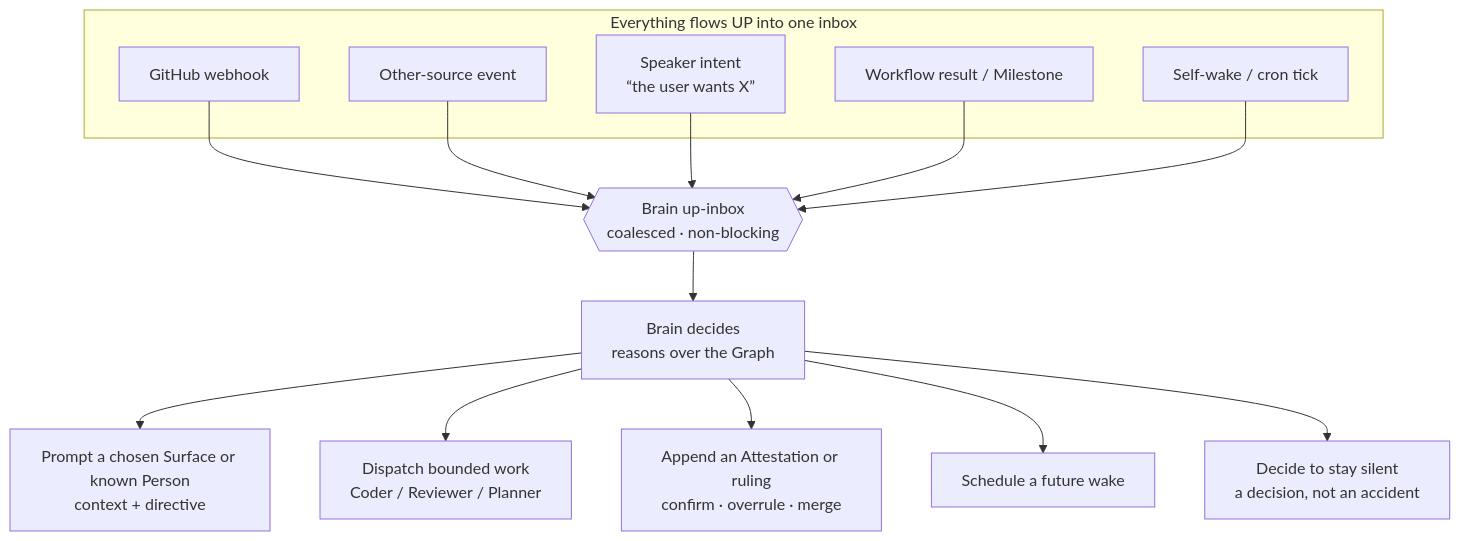
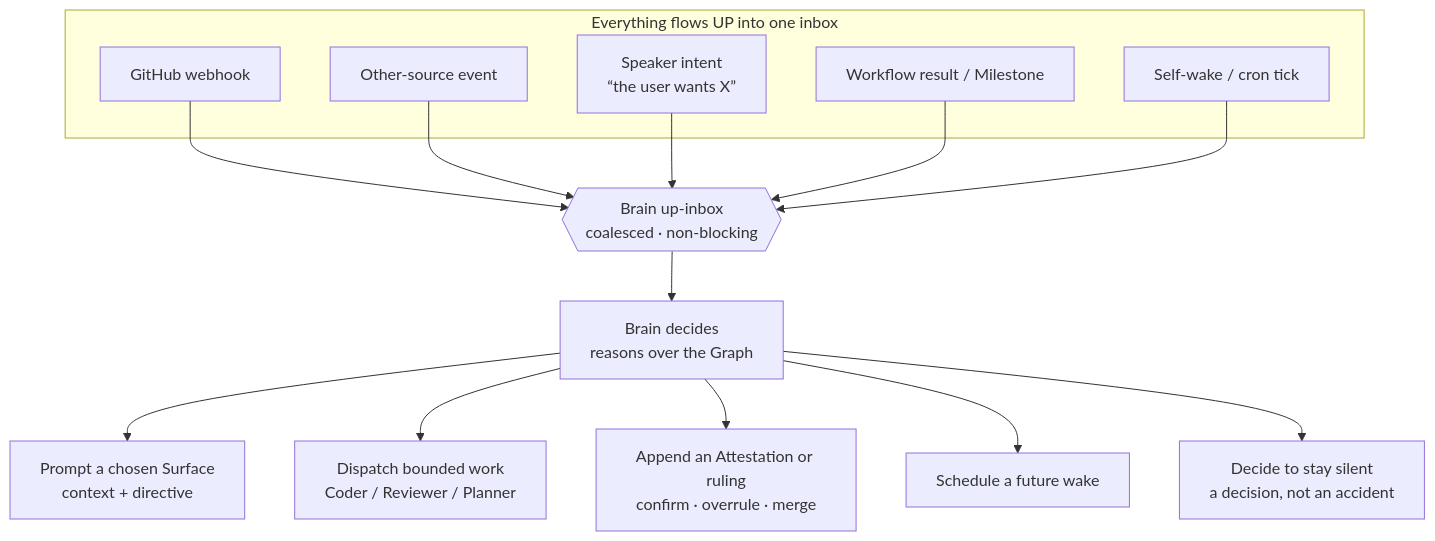
One commit to AaronAbuUsama/whatsappd-github-agent changed the second of 5 diagrams in docs/SYSTEM-ARCHITECTURE.md. Above: the diagram before and after it, drawn with Mermaid. The commit also changed other lines of this file and 3 other files, not shown here.

````diff
--- a/docs/SYSTEM-ARCHITECTURE.md
+++ b/docs/SYSTEM-ARCHITECTURE.md
@@ -246,20 +245,20 @@
 ```mermaid
 flowchart TB
   subgraph up[Everything flows UP into one inbox]
     E1[GitHub webhook]
     E2[Other-source event]
     E3[Speaker intent<br/>“the user wants X”]
     E4[Workflow result / Milestone]
     E5[Self-wake / cron tick]
   end
 
   E1 & E2 & E3 & E4 & E5 --> INBOX{{Brain up-inbox<br/>coalesced · non-blocking}}
 
   INBOX --> DECIDE[Brain decides<br/>reasons over the Graph]
 
-  DECIDE --> D1[Prompt a chosen Surface or known Person<br/>context + directive]
+  DECIDE --> D1[Prompt a chosen Surface<br/>context + directive]
   DECIDE --> D2[Dispatch bounded work<br/>Coder / Reviewer / Planner]
   DECIDE --> D3[Append an Attestation or ruling<br/>confirm · overrule · merge]
   DECIDE --> D4[Schedule a future wake]
   DECIDE --> D5[Decide to stay silent<br/>a decision, not an accident]
 ```
````
